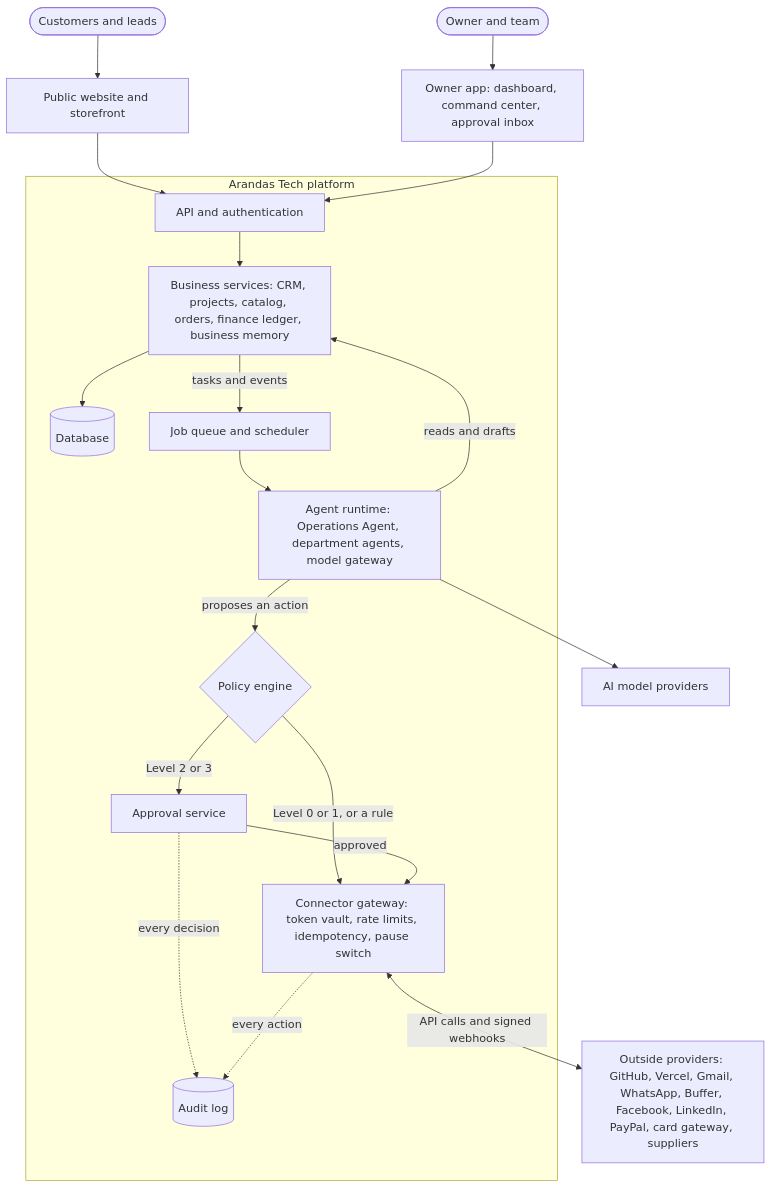
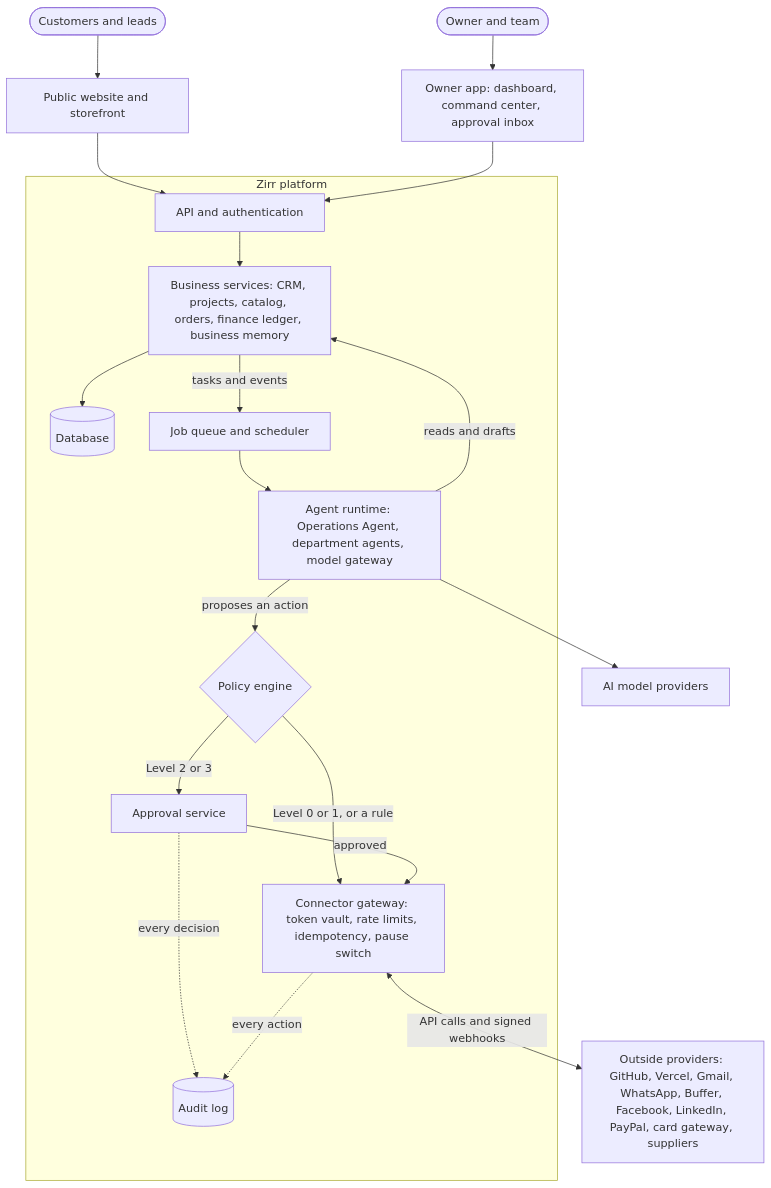
Before and after one commit to abu-arandas/arandastech: the second of 5 diagrams in docs/blueprint.md, drawn with Mermaid. The commit also changed other lines of this file and 77 other files, not shown here.

First line of the commit message:
Rename the platform to Zirr (#1)

````diff
--- a/docs/blueprint.md
+++ b/docs/blueprint.md
@@ -1045,40 +1046,40 @@
 ```mermaid
 flowchart TB
     customer(["Customers and leads"])
     owner(["Owner and team"])
     site["Public website and storefront"]
     app["Owner app: dashboard, command center, approval inbox"]
 
-    subgraph platform["Arandas Tech platform"]
+    subgraph platform["Zirr platform"]
         api["API and authentication"]
         services["Business services: CRM, projects, catalog, orders, finance ledger, business memory"]
         db[("Database")]
         jobs["Job queue and scheduler"]
         agents["Agent runtime: Operations Agent, department agents, model gateway"]
         policy{"Policy engine"}
         approvals["Approval service"]
         gateway["Connector gateway: token vault, rate limits, idempotency, pause switch"]
         audit[("Audit log")]
     end
 
     llm["AI model providers"]
     providers["Outside providers: GitHub, Vercel, Gmail, WhatsApp, Buffer, Facebook, LinkedIn, PayPal, card gateway, suppliers"]
 
     customer --> site
     owner --> app
     site --> api
     app --> api
     api --> services
     services --> db
     services -->|"tasks and events"| jobs
     jobs --> agents
     agents -->|"reads and drafts"| services
     agents --> llm
     agents -->|"proposes an action"| policy
     policy -->|"Level 2 or 3"| approvals
     policy -->|"Level 0 or 1, or a rule"| gateway
     approvals -->|"approved"| gateway
     approvals -.->|"every decision"| audit
     gateway -.->|"every action"| audit
     gateway <-->|"API calls and signed webhooks"| providers
 ```
````
